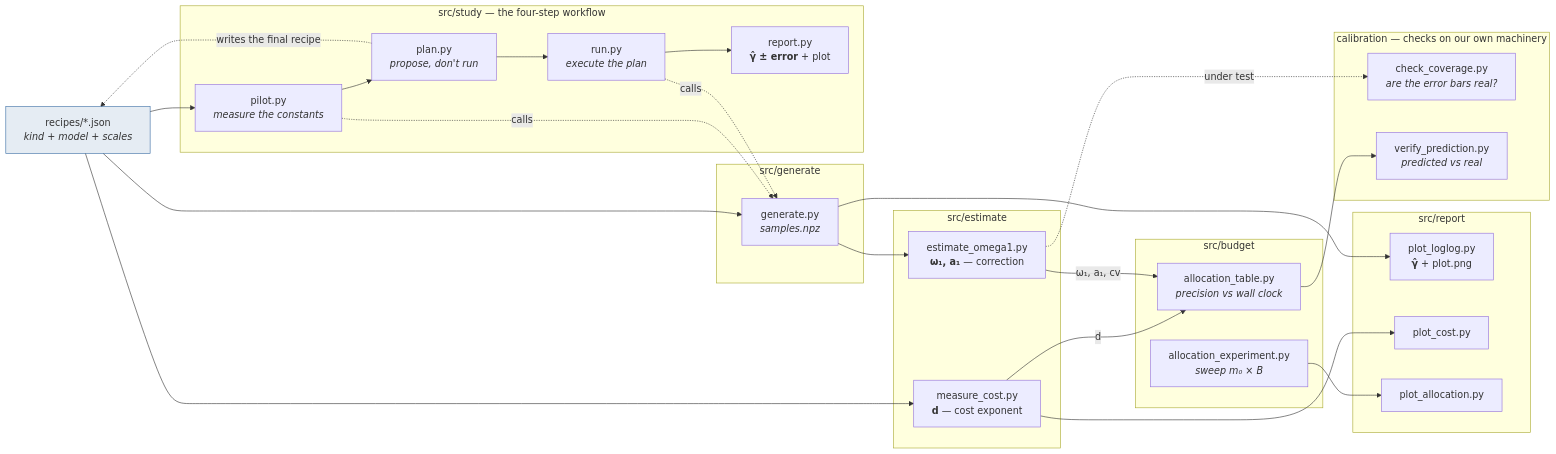
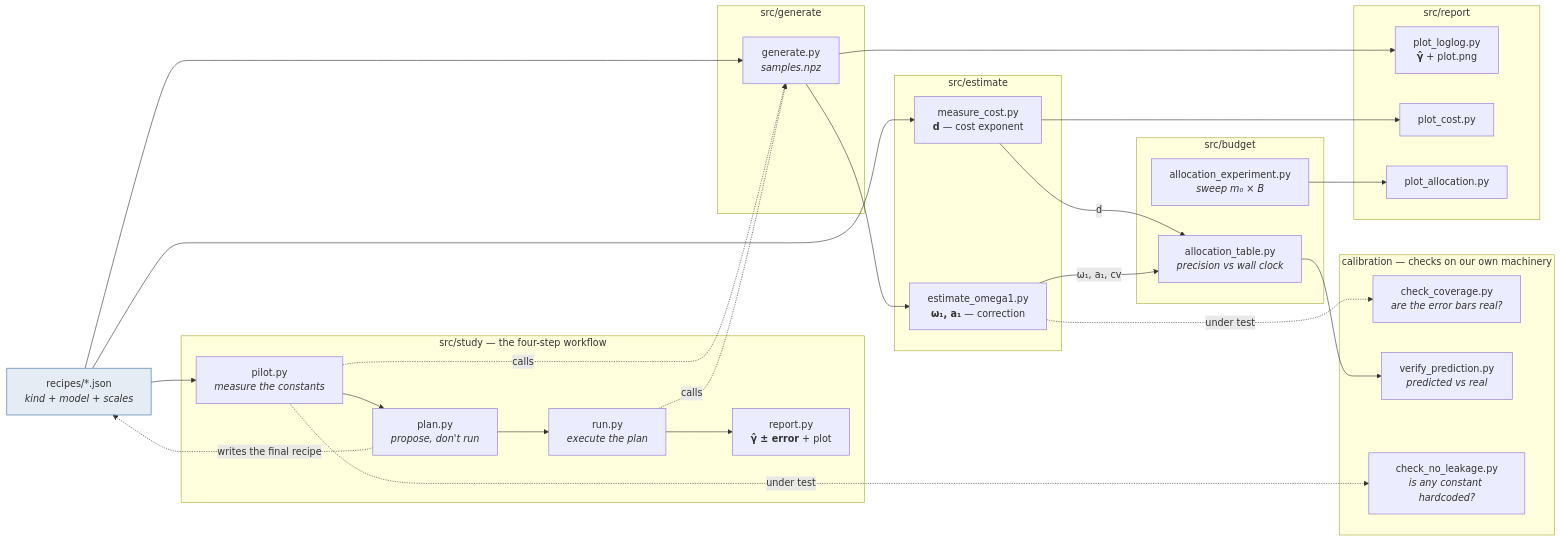
The diagram in README.md (IgorSSBarbosa/loglog_validation), drawn with Mermaid before and after one commit. The commit also changed other lines of this file and 10 other files, not shown here.

````diff
--- a/README.md
+++ b/README.md
@@ -14,53 +14,55 @@
 ```mermaid
 flowchart LR
     RCP["recipes/*.json<br/><i>kind + model + scales</i>"]
 
     subgraph generate["src/generate"]
         GEN["generate.py<br/><i>samples.npz</i>"]
     end
 
     subgraph estimate["src/estimate"]
         MC["measure_cost.py<br/><b>d</b> — cost exponent"]
         EO["estimate_omega1.py<br/><b>ω₁, a₁</b> — correction"]
     end
 
     subgraph budget["src/budget"]
         AT["allocation_table.py<br/><i>precision vs wall clock</i>"]
         AE["allocation_experiment.py<br/><i>sweep m₀ × B</i>"]
     end
 
     subgraph calib["calibration — checks on our own machinery"]
         CC["check_coverage.py<br/><i>are the error bars real?</i>"]
         VP["verify_prediction.py<br/><i>predicted vs real</i>"]
+        NL["check_no_leakage.py<br/><i>is any constant hardcoded?</i>"]
     end
 
     subgraph study["src/study — the four-step workflow"]
         PI["pilot.py<br/><i>measure the constants</i>"]
         PN["plan.py<br/><i>propose, don't run</i>"]
         RN["run.py<br/><i>execute the plan</i>"]
         RP["report.py<br/><b>γ̂ ± error</b> + plot"]
         PI --> PN --> RN --> RP
     end
 
     subgraph report["src/report"]
         PL["plot_loglog.py<br/><b>γ̂</b> + plot.png"]
         PC["plot_cost.py"]
         PA["plot_allocation.py"]
     end
 
     RCP --> PI
     PN -. "writes the final recipe" .-> RCP
     RCP --> GEN --> PL
     PI -. calls .-> GEN
     RN -. calls .-> GEN
     RCP --> MC --> PC
     GEN --> EO
     MC -- d --> AT
     EO -- "ω₁, a₁, cv" --> AT
     AT --> VP
     AE --> PA
     EO -.under test.-> CC
+    PI -.under test.-> NL
 
     classDef lib fill:#3b6ea522,stroke:#3b6ea5
     class RCP lib
 ```
````
